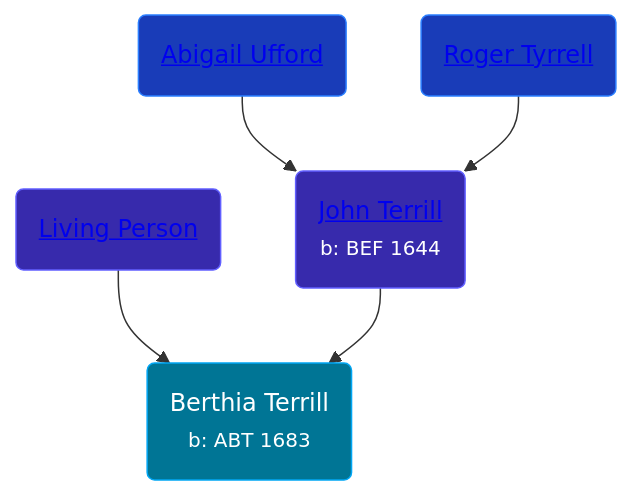
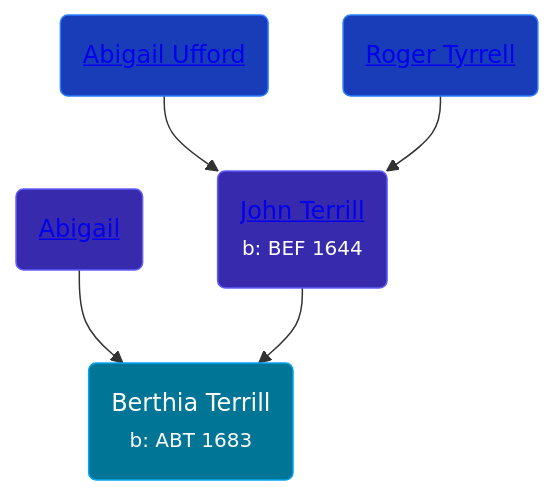
One commit to wpmgotkh/wpmgotkh.github.io changed the diagram in pages/people/7/78343120.md. Above: the diagram before and after it, drawn with Mermaid. The commit also changed other lines of this file and 586 other files, not shown here.

Commit message:
feat: better shouldConsiderPersonLiving algo

````diff
--- a/pages/people/7/78343120.md
+++ b/pages/people/7/78343120.md
@@ -11,11 +11,11 @@
 ```mermaid
 graph
 classDef grands fill:#193cb8,stroke:#2b7fff,stroke-width:1px,color:#fff;
 classDef parents fill:#372aac,stroke:#615fff,stroke-width:1px,color:#fff;
 classDef primary fill:#007595,stroke:#00a6f4,stroke-width:1px,color:#fff;
 78343120(Berthia Terrill<br /><small>b: ABT 1683</small>):::primary
-48582652(<a class="text-white" href="/people/4/48582652">Living Person</a>):::parents-->78343120
+48582652(<a class="text-white" href="/people/4/48582652">Abigail </a>):::parents-->78343120
 65221157(<a class="text-white" href="/people/6/65221157">John Terrill</a><br /><small>b: BEF 1644</small>):::parents-->78343120
 99473444(<a class="text-white" href="/people/9/99473444">Abigail Ufford</a>):::grands-->65221157
 2108514(<a class="text-white" href="/people/2/2108514">Roger Tyrrell</a>):::grands-->65221157
 ```
````
